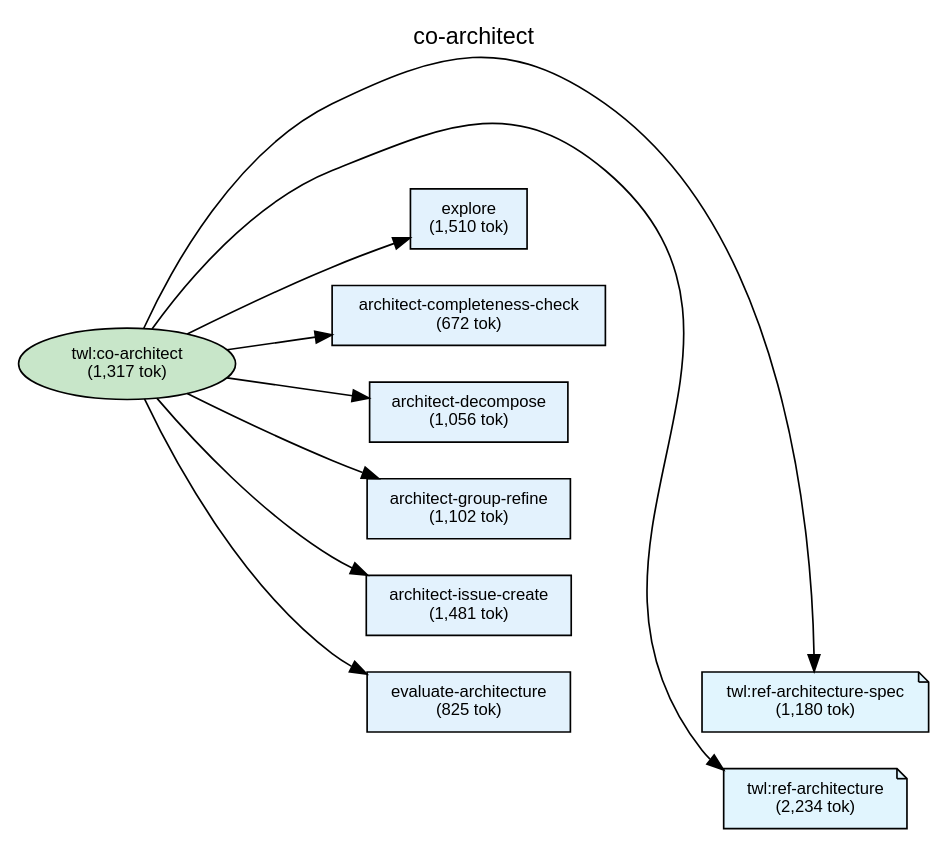
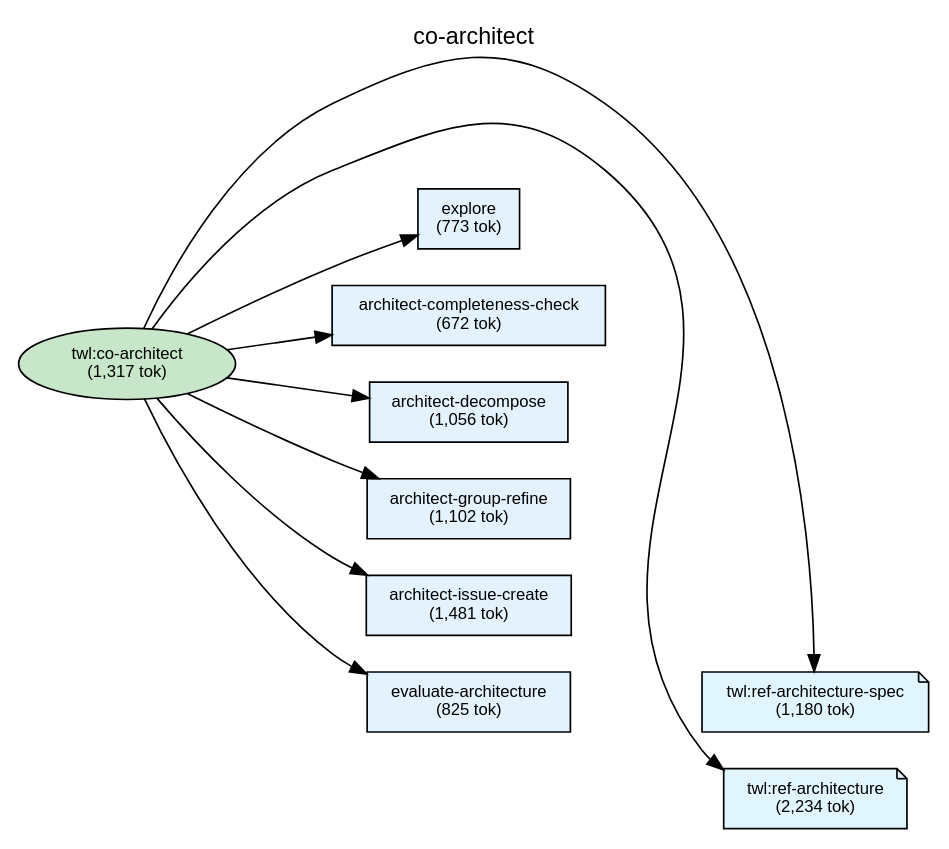
Before and after one commit to shuu5/twill: the diagram in plugins/twl/docs/deps-co-architect.dot, drawn with Graphviz. The commit also changed 29 other files, not shown here.

```diff
--- a/plugins/twl/docs/deps-co-architect.dot
+++ b/plugins/twl/docs/deps-co-architect.dot
@@ -1,64 +1,64 @@
 digraph Dependencies {
     // Graph settings
     rankdir=LR;
     ranksep=0.8;
     nodesep=0.3;
     fontname="Helvetica";
     node [fontname="Helvetica", fontsize=10];
     edge [fontname="Helvetica", fontsize=9];
     label="co-architect";
     labelloc=t;
     fontsize=14;
 
     // L0: Controller Skills
     skill_co_architect [label="twl:co-architect\n(1,317 tok)", shape=ellipse, style=filled, fillcolor="#c8e6c9"];
 
     // L0: Launchers
 
     // L0.5: Workflow Skills
 
     // Reference Skills
     skill_ref_architecture [label="twl:ref-architecture\n(2,234 tok)", shape=note, style=filled, fillcolor="#e1f5fe"];
     skill_ref_architecture_spec [label="twl:ref-architecture-spec\n(1,180 tok)", shape=note, style=filled, fillcolor="#e1f5fe"];
 
     // L1: Direct Commands
     cmd_architect_completeness_check [label="architect-completeness-check\n(672 tok)", shape=box, style=filled, fillcolor="#e3f2fd"];
     cmd_architect_decompose [label="architect-decompose\n(1,056 tok)", shape=box, style=filled, fillcolor="#e3f2fd"];
     cmd_architect_group_refine [label="architect-group-refine\n(1,102 tok)", shape=box, style=filled, fillcolor="#e3f2fd"];
     cmd_architect_issue_create [label="architect-issue-create\n(1,481 tok)", shape=box, style=filled, fillcolor="#e3f2fd"];
     cmd_evaluate_architecture [label="evaluate-architecture\n(825 tok)", shape=box, style=filled, fillcolor="#e3f2fd"];
-    cmd_explore [label="explore\n(1,510 tok)", shape=box, style=filled, fillcolor="#e3f2fd"];
+    cmd_explore [label="explore\n(773 tok)", shape=box, style=filled, fillcolor="#e3f2fd"];
 
     // L2: Sub Commands
 
     // L3: Agents
 
     // L3.5: Scripts
 
     // L4: External
 
     // Layer constraints
     { rank=same; skill_co_architect; }
     { rank=same; skill_ref_architecture; skill_ref_architecture_spec; }
     { rank=same; cmd_architect_completeness_check; cmd_architect_decompose; cmd_architect_group_refine; cmd_architect_issue_create; cmd_evaluate_architecture; cmd_explore; }
 
     // Edges
     skill_co_architect -> cmd_explore;
     skill_co_architect -> cmd_architect_completeness_check;
     skill_co_architect -> cmd_architect_decompose;
     skill_co_architect -> cmd_architect_group_refine;
     skill_co_architect -> cmd_architect_issue_create;
     skill_co_architect -> cmd_evaluate_architecture;
     skill_co_architect -> skill_ref_architecture_spec;
     skill_co_architect -> skill_ref_architecture;
 
     // Ordering constraints (invisible edges)
     cmd_explore -> cmd_architect_completeness_check [style=invis, weight=10];
     cmd_architect_completeness_check -> cmd_architect_decompose [style=invis, weight=10];
     cmd_architect_decompose -> cmd_architect_group_refine [style=invis, weight=10];
     cmd_architect_group_refine -> cmd_architect_issue_create [style=invis, weight=10];
     cmd_architect_issue_create -> cmd_evaluate_architecture [style=invis, weight=10];
     cmd_evaluate_architecture -> skill_ref_architecture_spec [style=invis, weight=10];
     skill_ref_architecture_spec -> skill_ref_architecture [style=invis, weight=10];
 
 }
```
